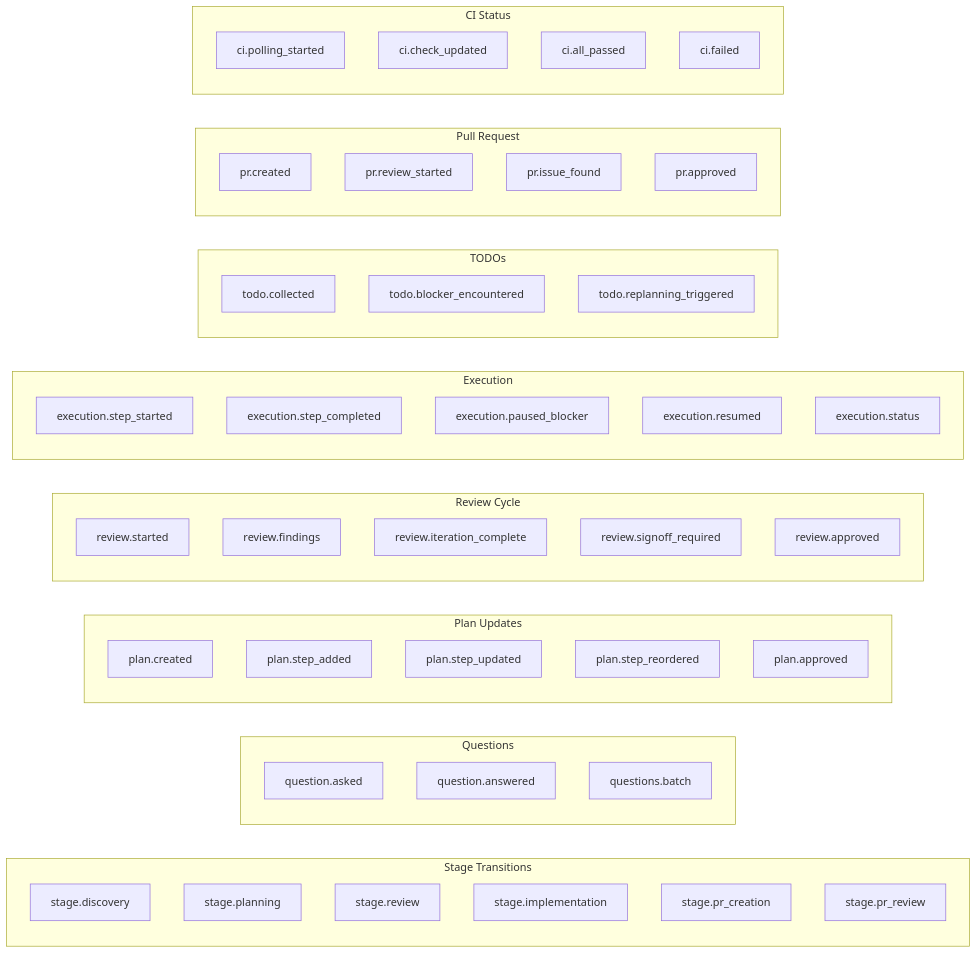
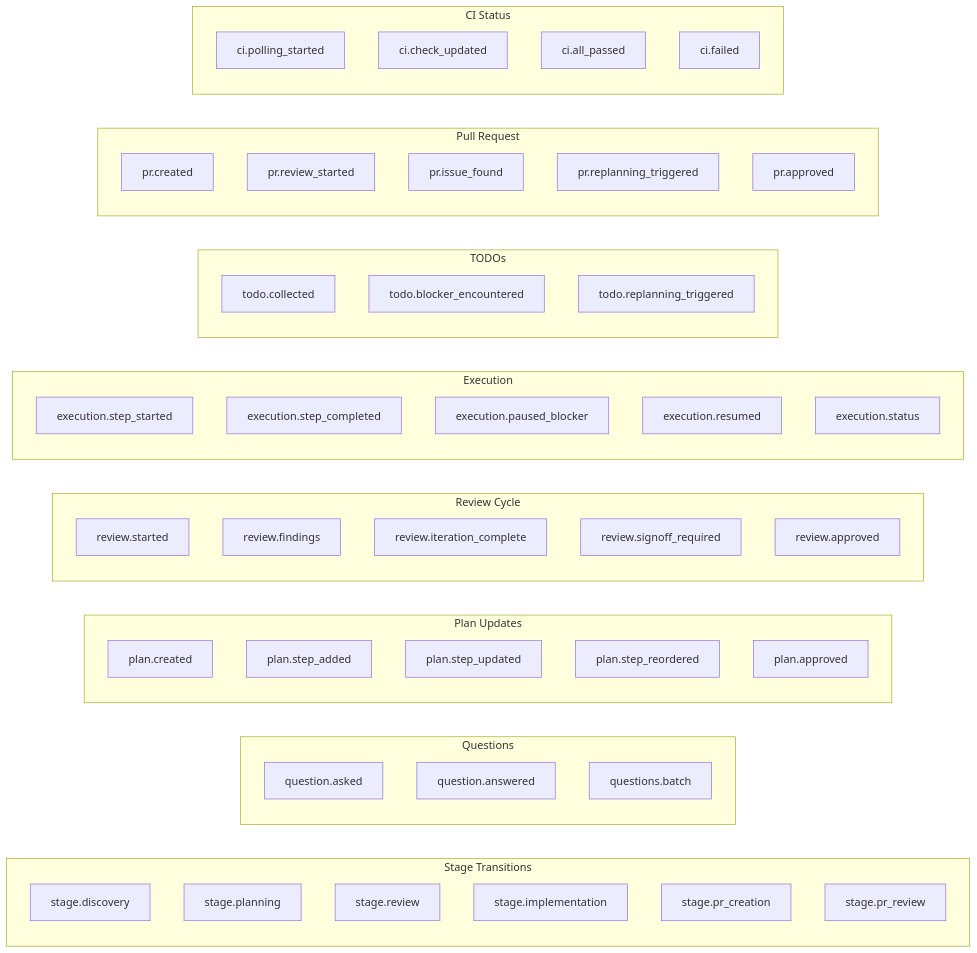
The eighth of 15 diagrams in README.md (clrke/claude-web), drawn with Mermaid before and after one commit. The commit also changed 1 other file, not shown here.

Commit message:
Add pr.replanning_triggered WebSocket event
For when PR review issues trigger return to Stage 2

````diff
--- a/README.md
+++ b/README.md
@@ -1054,61 +1054,62 @@
 ```mermaid
 flowchart LR
     subgraph StageEvents["Stage Transitions"]
         A["stage.discovery"]
         B["stage.planning"]
         C["stage.review"]
         D["stage.implementation"]
         E["stage.pr_creation"]
         F["stage.pr_review"]
     end
 
     subgraph QuestionEvents["Questions"]
         G["question.asked"]
         H["question.answered"]
         I["questions.batch"]
     end
 
     subgraph PlanEvents["Plan Updates"]
         J["plan.created"]
         K["plan.step_added"]
         L["plan.step_updated"]
         M["plan.step_reordered"]
         N["plan.approved"]
     end
 
     subgraph ReviewEvents["Review Cycle"]
         O["review.started"]
         P["review.findings"]
         Q["review.iteration_complete"]
         R["review.signoff_required"]
         S["review.approved"]
     end
 
     subgraph ExecutionEvents["Execution"]
         T["execution.step_started"]
         U["execution.step_completed"]
         V["execution.paused_blocker"]
         W["execution.resumed"]
         X2["execution.status"]
     end
 
     subgraph TodoEvents["TODOs"]
         T2["todo.collected"]
         T3["todo.blocker_encountered"]
         T4["todo.replanning_triggered"]
     end
 
     subgraph PREvents["Pull Request"]
         X["pr.created"]
         Y["pr.review_started"]
         Z["pr.issue_found"]
-        AA["pr.approved"]
+        AA["pr.replanning_triggered"]
+        AB2["pr.approved"]
     end
 
     subgraph CIEvents["CI Status"]
         CI1["ci.polling_started"]
         CI2["ci.check_updated"]
         CI3["ci.all_passed"]
         CI4["ci.failed"]
     end
 ```
````
